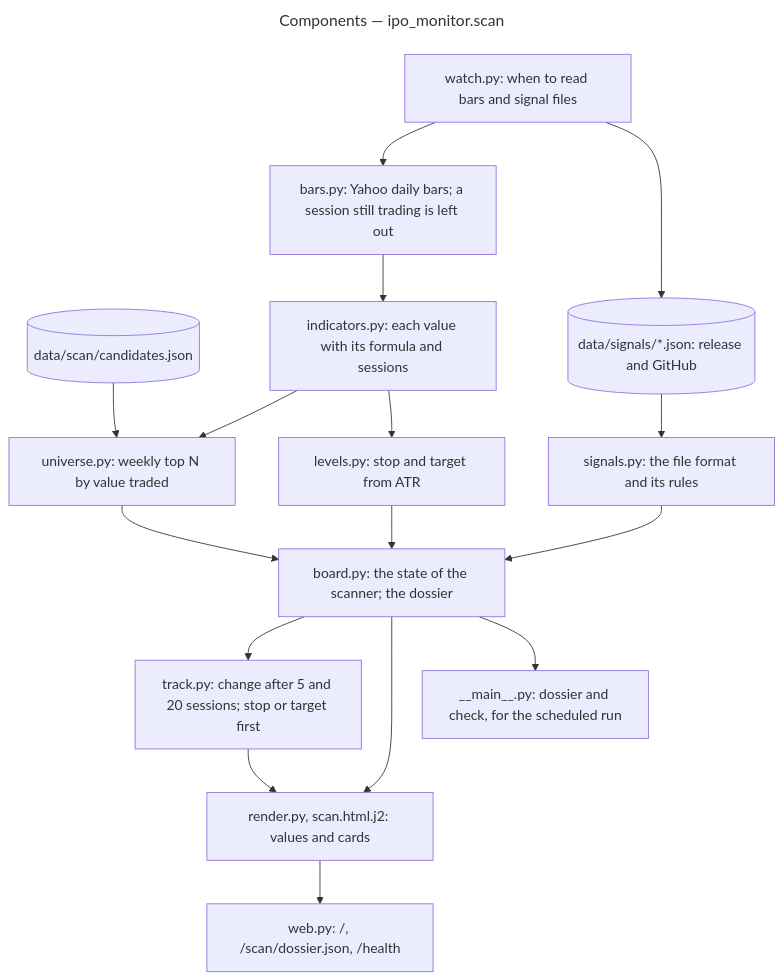
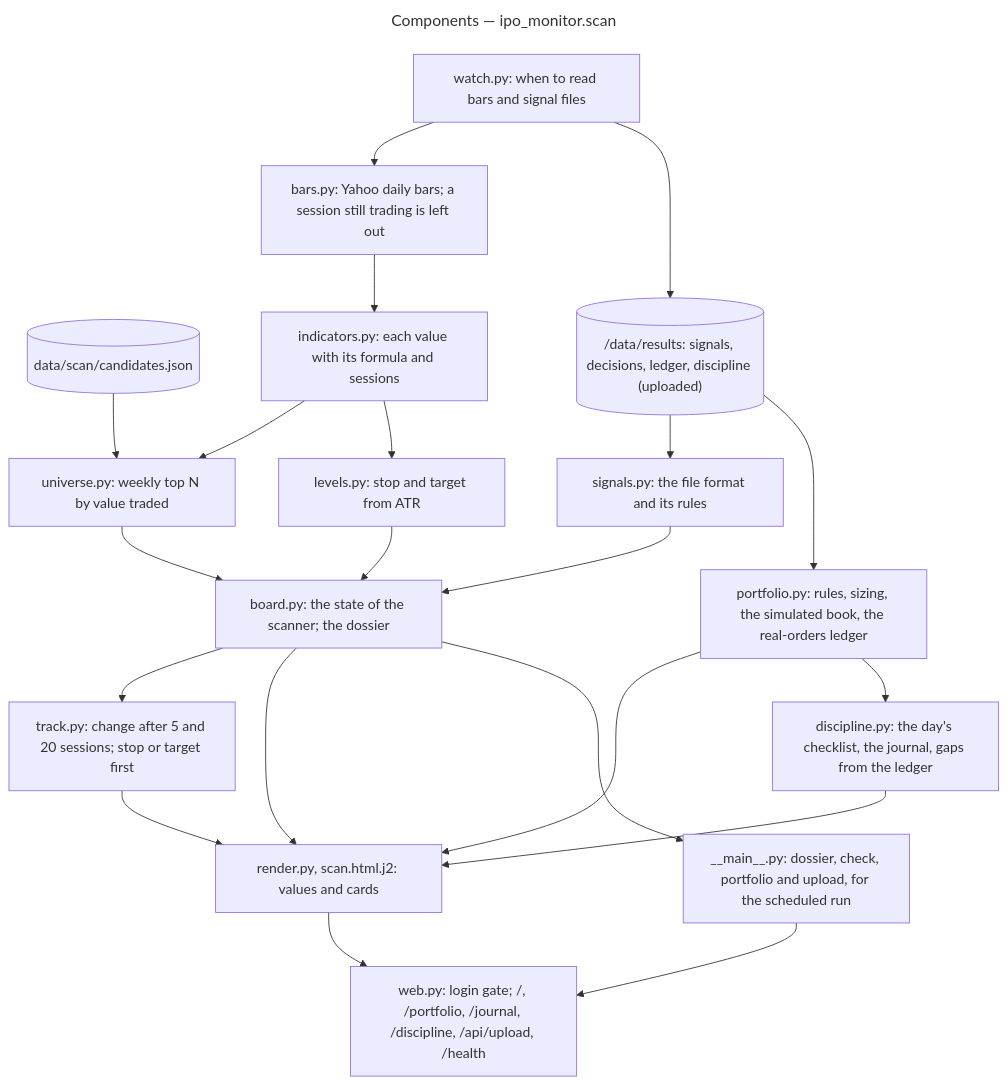
Before and after one commit to sonixz/monitor-anthropic-ipo: the second of 5 diagrams in ARCHITECTURE.md, drawn with Mermaid. The commit also changed other lines of this file and 9 other files, not shown here.

First line of the commit message:
docs(loops): Loop 014 report and devlog; STATUS, ARCHITECTURE, PRODUCT, README

````diff
--- a/ARCHITECTURE.md
+++ b/ARCHITECTURE.md
@@ -47,27 +47,32 @@
 ```mermaid
 ---
 title: Components — ipo_monitor.scan
 ---
 flowchart TB
   cands[("data/scan/candidates.json")]
   bars["bars.py: Yahoo daily bars; a session still trading is left out"]
   ind["indicators.py: each value with its formula and sessions"]
   uni["universe.py: weekly top N by value traded"]
-  files[("data/signals/*.json: release and GitHub")]
+  files[("/data/results: signals, decisions, ledger, discipline (uploaded)")]
   watch["watch.py: when to read bars and signal files"]
   sig["signals.py: the file format and its rules"]
   lv["levels.py: stop and target from ATR"]
   track["track.py: change after 5 and 20 sessions; stop or target first"]
   board["board.py: the state of the scanner; the dossier"]
   render["render.py, scan.html.j2: values and cards"]
-  web["web.py: /, /scan/dossier.json, /health"]
-  cli["__main__.py: dossier and check, for the scheduled run"]
+  pf["portfolio.py: rules, sizing, the simulated book, the real-orders ledger"]
+  disc["discipline.py: the day's checklist, the journal, gaps from the ledger"]
+  web["web.py: login gate; /, /portfolio, /journal, /discipline, /api/upload, /health"]
+  cli["__main__.py: dossier, check, portfolio and upload, for the scheduled run"]
   watch --> bars --> ind
   cands --> uni
   ind --> uni --> board
   watch --> files --> sig --> board
   ind --> lv --> board
   board --> track --> render
   board --> render --> web
   board --> cli
+  files --> pf --> render
+  pf --> disc --> render
+  cli --> web
 ```
````
